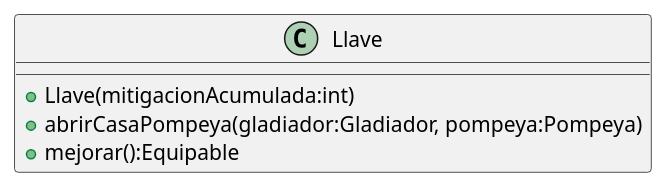
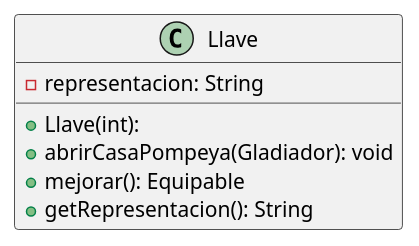
One commit to mcumskov/Algo3_tp2 changed the diagram in diagrams/clases/equipamiento/clase_llave.plantuml. Above: the diagram before and after it, drawn with PlantUML. The commit also changed 19 other files, not shown here.

Commit message:
actualizo diagramas

```diff
--- a/diagrams/clases/equipamiento/clase_llave.plantuml
+++ b/diagrams/clases/equipamiento/clase_llave.plantuml
@@ -1,7 +1,13 @@
 @startuml
+
+skinparam linetype ortho
+
 class Llave {
-    + Llave(mitigacionAcumulada:int)
-    + abrirCasaPompeya(gladiador:Gladiador, pompeya:Pompeya)
-    + mejorar():Equipable
+  + Llave(int):
+  - representacion: String
+  + abrirCasaPompeya(Gladiador): void
+  + mejorar(): Equipable
+  + getRepresentacion(): String
 }
+
 @enduml
```
